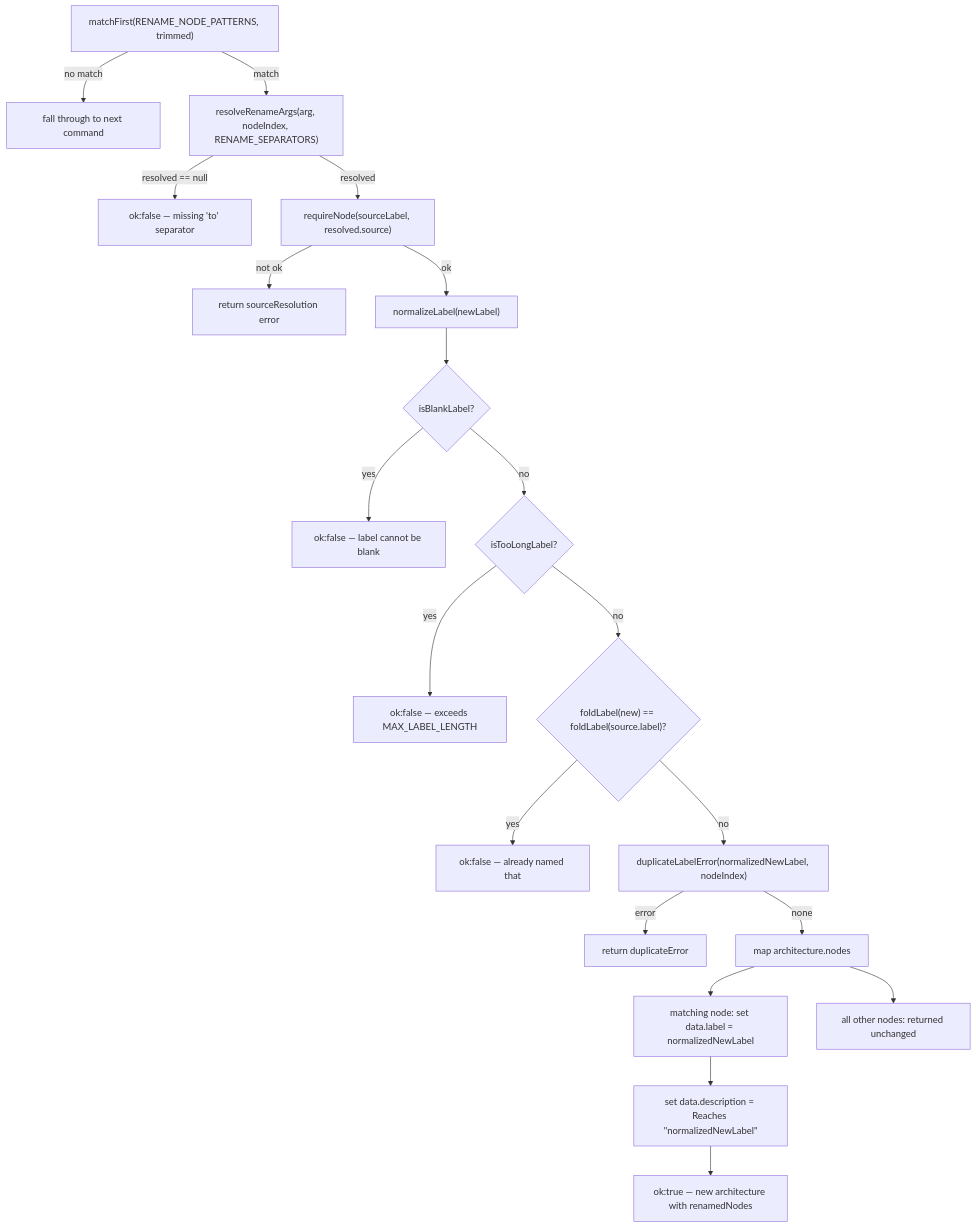
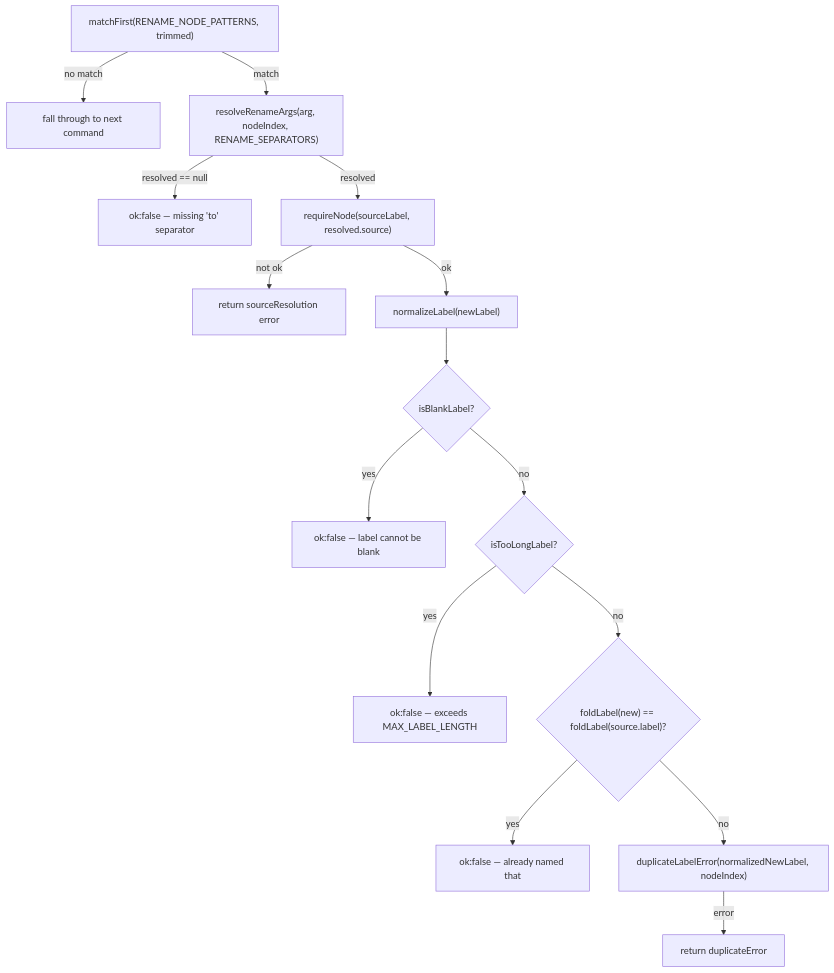
The first of 2 diagrams in docs/categories/rename-node.md (jgyy/architect-model), drawn with Mermaid before and after one commit. The commit also changed other lines of this file and 31 other files, not shown here.

Commit message:
docs: split mermaids into 2 for easier viewing (#52)

````diff
--- a/docs/categories/rename-node.md
+++ b/docs/categories/rename-node.md
@@ -7,22 +9,17 @@
 ```mermaid
 flowchart TD
     A["matchFirst(RENAME_NODE_PATTERNS, trimmed)"] -->|"no match"| Z1["fall through to next command"]
     A -->|"match"| B["resolveRenameArgs(arg, nodeIndex, RENAME_SEPARATORS)"]
     B -->|"resolved == null"| E1["ok:false — missing 'to' separator"]
     B -->|"resolved"| C["requireNode(sourceLabel, resolved.source)"]
     C -->|"not ok"| E2["return sourceResolution error"]
     C -->|"ok"| D["normalizeLabel(newLabel)"]
     D --> F{"isBlankLabel?"}
     F -->|"yes"| E3["ok:false — label cannot be blank"]
     F -->|"no"| G{"isTooLongLabel?"}
     G -->|"yes"| E4["ok:false — exceeds MAX_LABEL_LENGTH"]
     G -->|"no"| H{"foldLabel(new) == foldLabel(source.label)?"}
     H -->|"yes"| E5["ok:false — already named that"]
     H -->|"no"| I["duplicateLabelError(normalizedNewLabel, nodeIndex)"]
     I -->|"error"| E6["return duplicateError"]
-    I -->|"none"| J["map architecture.nodes"]
-    J --> K["matching node: set data.label = normalizedNewLabel"]
-    K --> L["set data.description = Reaches &quot;normalizedNewLabel&quot;"]
-    J --> M["all other nodes: returned unchanged"]
-    L --> N["ok:true — new architecture with renamedNodes"]
 ```
````
